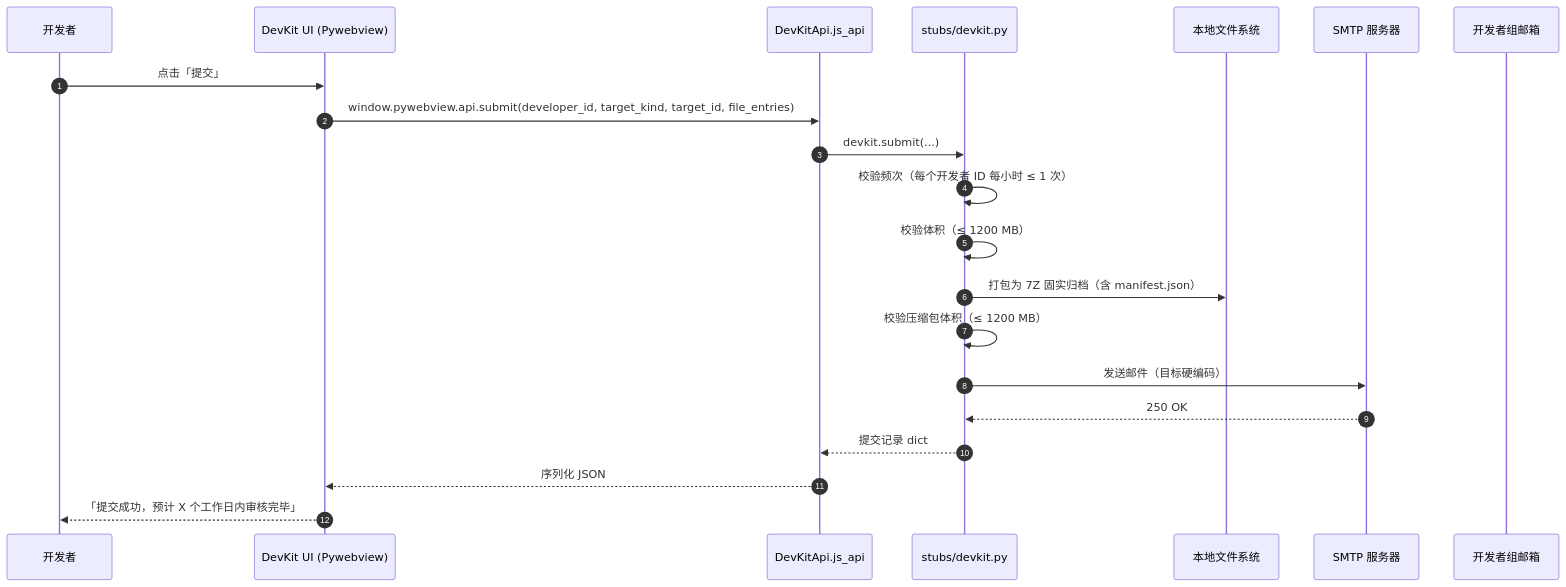
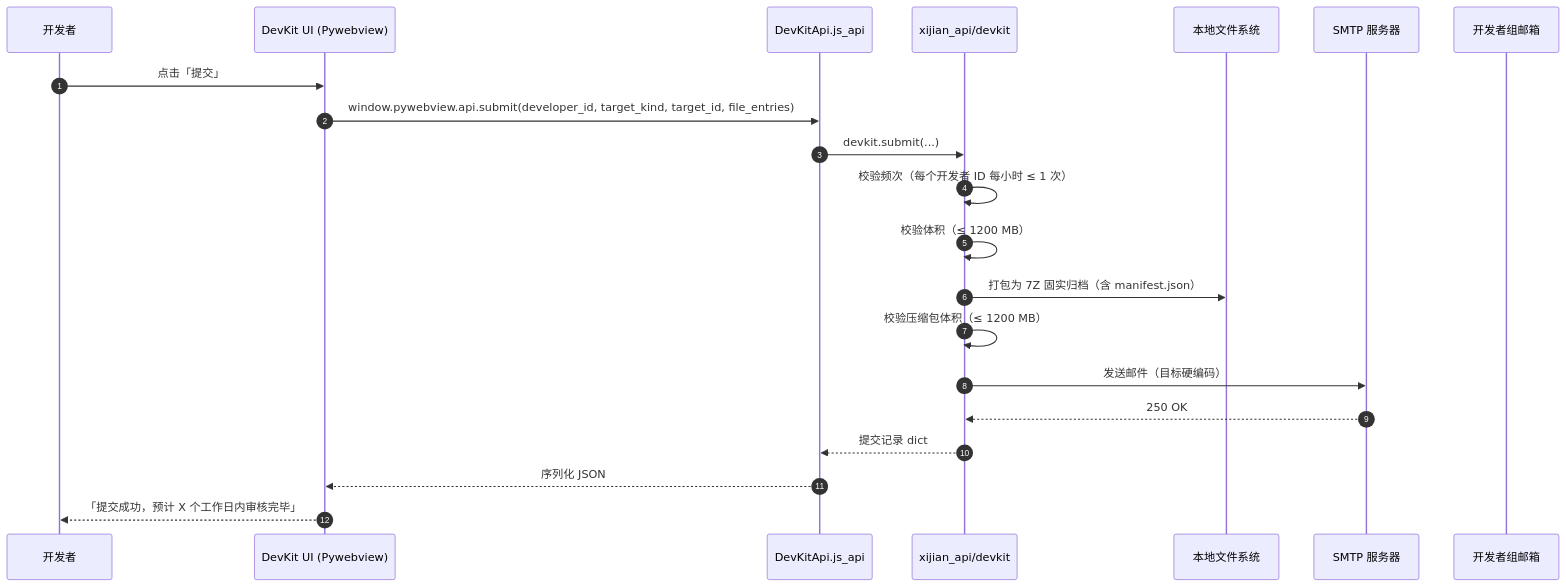
One commit to XiJian-Development-Group/XiJian changed diagram 16 of 18 in docs/Dev. Function List功能清单v2.md. Above: the diagram before and after it, drawn with Mermaid. The commit also changed other lines of this file and 6 other files, not shown here.

````diff
--- a/docs/Dev. Function List功能清单v2.md
+++ b/docs/Dev. Function List功能清单v2.md
@@ -1709,23 +1709,23 @@
   ```mermaid
   sequenceDiagram
       autonumber
       participant D as 开发者
       participant UI as DevKit UI (Pywebview)
       participant API as DevKitApi.js_api
-      participant DK as stubs/devkit.py
+      participant DK as xijian_api/devkit
       participant FS as 本地文件系统
       participant SMTP as SMTP 服务器
       participant Mailbox as 开发者组邮箱
       D->>UI: 点击「提交」
       UI->>API: window.pywebview.api.submit(developer_id, target_kind, target_id, file_entries)
       API->>DK: devkit.submit(...)
       DK->>DK: 校验频次（每个开发者 ID 每小时 ≤ 1 次）
       DK->>DK: 校验体积（≤ 1200 MB）
       DK->>FS: 打包为 7Z 固实归档（含 manifest.json）
       DK->>DK: 校验压缩包体积（≤ 1200 MB）
       DK->>SMTP: 发送邮件（目标硬编码）
       SMTP-->>DK: 250 OK
       DK-->>API: 提交记录 dict
       API-->>UI: 序列化 JSON
       UI-->>D: 「提交成功，预计 X 个工作日内审核完毕」
   ```
````
